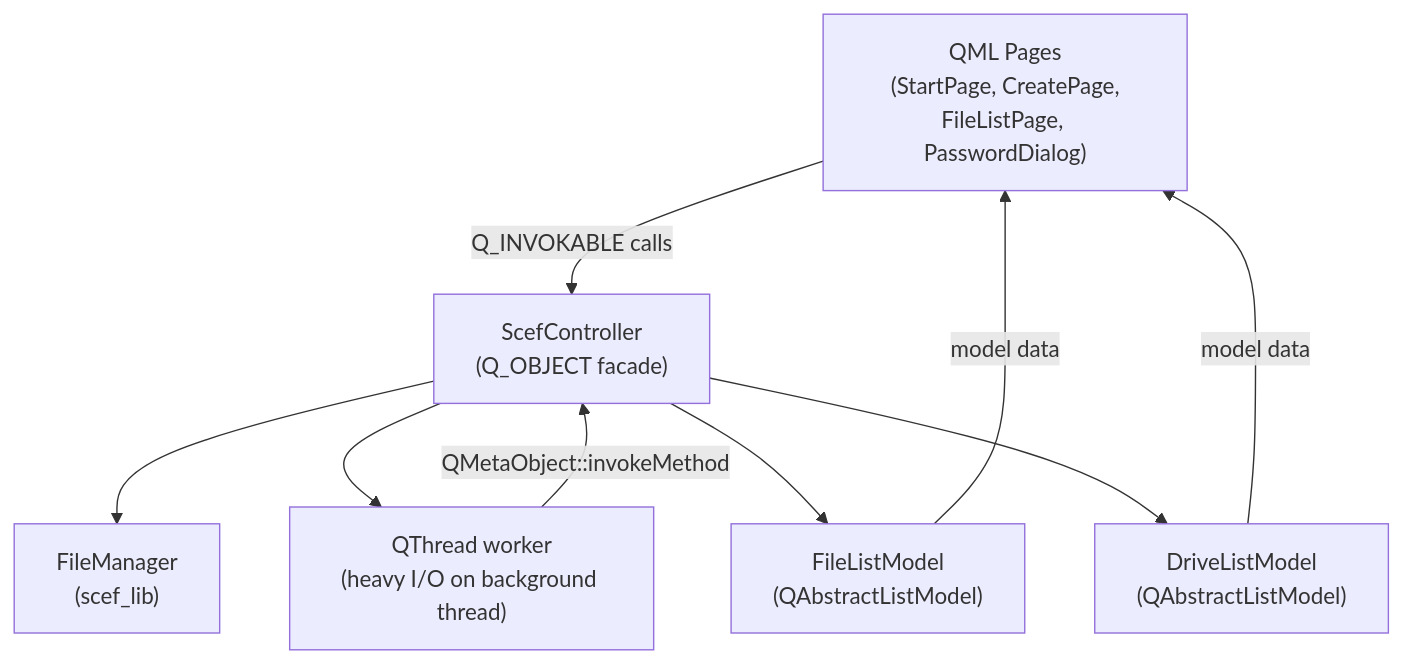
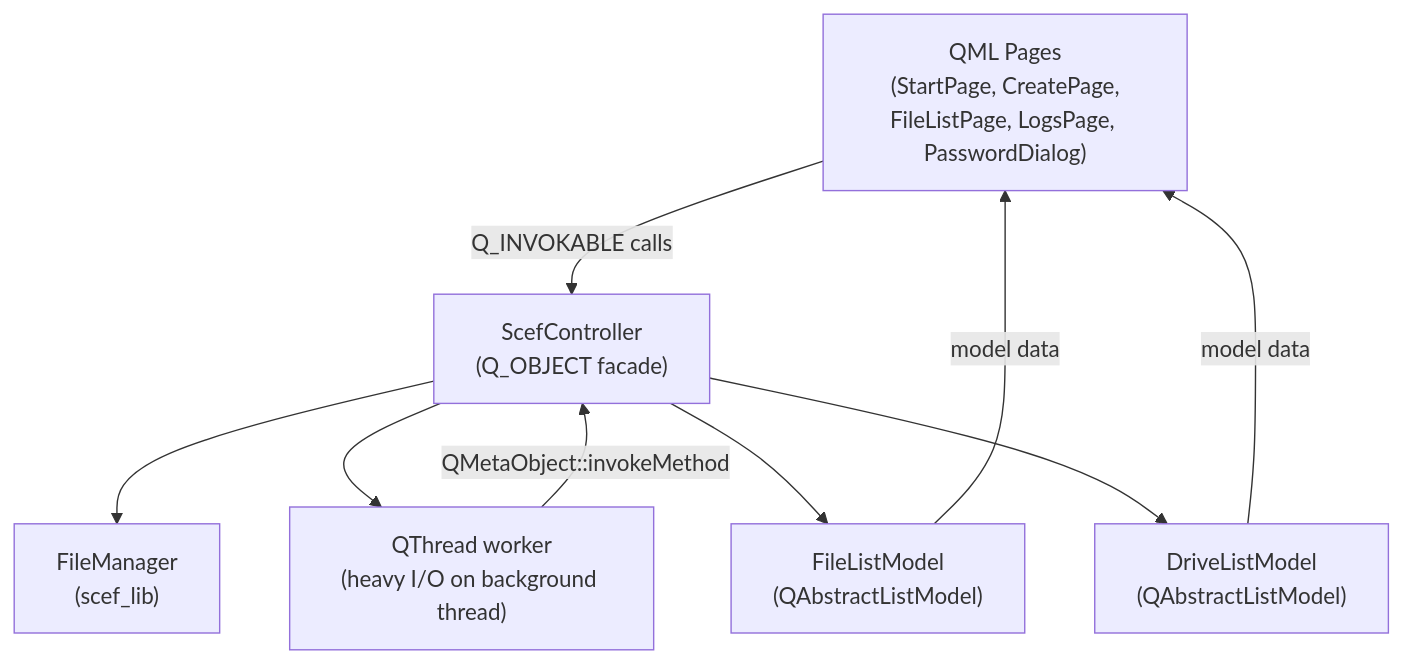
The first of 2 diagrams in docs/gui.md (TheatreLight/scef), drawn with Mermaid before and after one commit. The commit also changed other lines of this file and 57 other files, not shown here.

````diff
--- a/docs/gui.md
+++ b/docs/gui.md
@@ -10,18 +10,18 @@
 ```mermaid
 graph TD
-    QML["QML Pages\n(StartPage, CreatePage,\nFileListPage, PasswordDialog)"]
+    QML["QML Pages\n(StartPage, CreatePage,\nFileListPage, LogsPage, PasswordDialog)"]
     SC["ScefController\n(Q_OBJECT facade)"]
     FM["FileManager\n(scef_lib)"]
     FLM["FileListModel\n(QAbstractListModel)"]
     DLM["DriveListModel\n(QAbstractListModel)"]
     BG["QThread worker\n(heavy I/O on background thread)"]
 
     QML -->|Q_INVOKABLE calls| SC
     SC --> FM
     SC --> BG
     SC --> FLM
     SC --> DLM
     FLM -->|model data| QML
     DLM -->|model data| QML
     BG -->|QMetaObject::invokeMethod| SC
 ```
````
